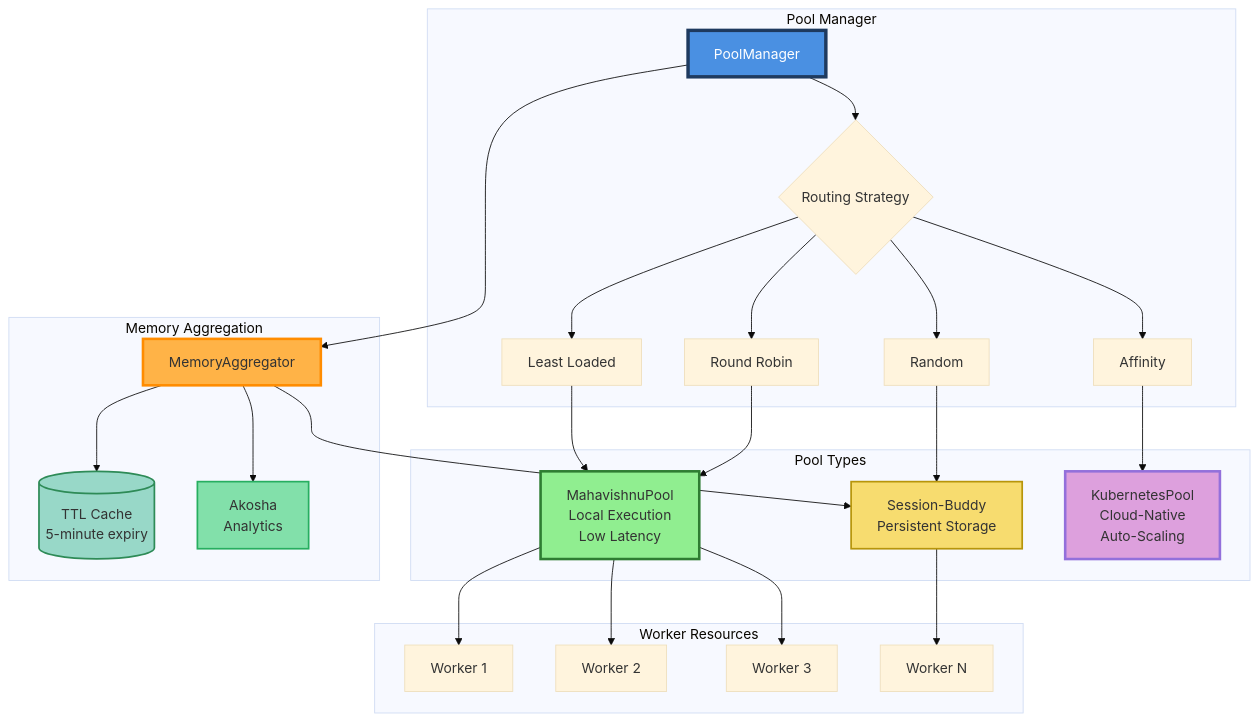
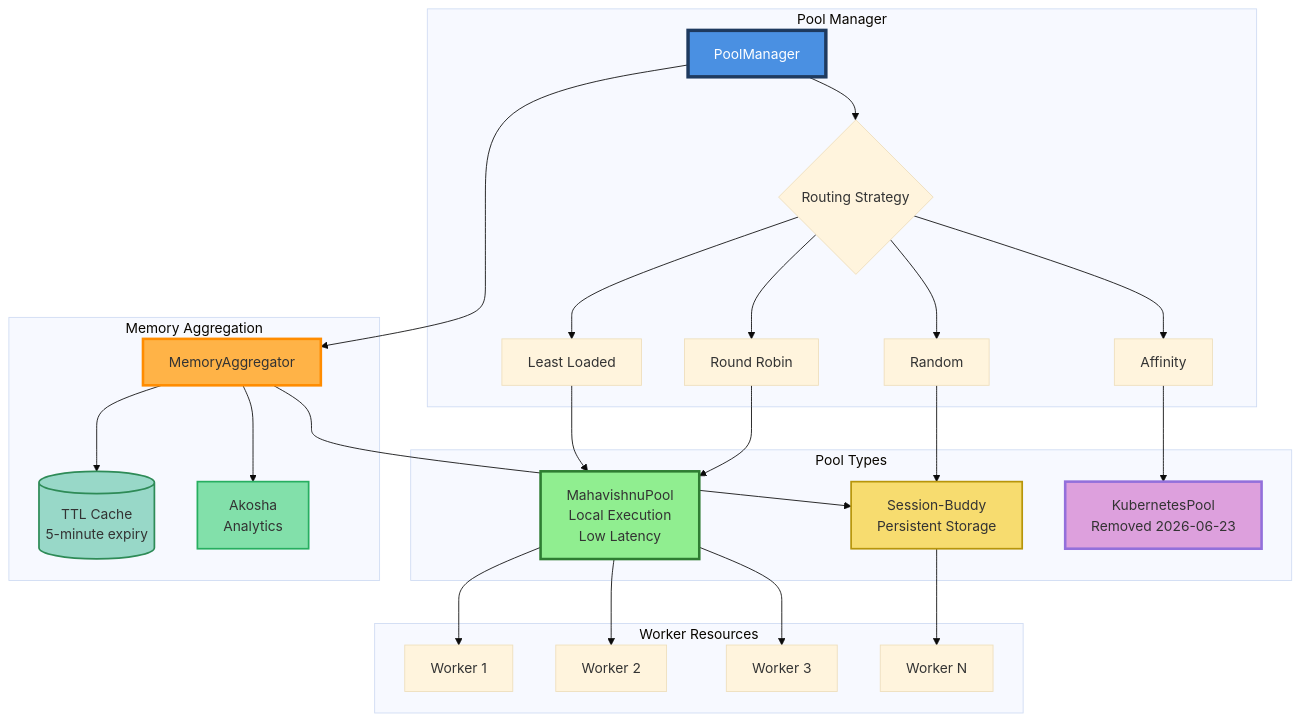
One commit to lesleslie/mahavishnu changed the second of 24 diagrams in docs/VISUAL_GUIDE.md. Above: the diagram before and after it, drawn with Mermaid (base theme). The commit also changed other lines of this file and 26 other files, not shown here.

First line of the commit message:
refactor(pools): remove KubernetesPool (immediate removal)

````diff
--- a/docs/VISUAL_GUIDE.md
+++ b/docs/VISUAL_GUIDE.md
@@ -141,63 +141,63 @@
 ```mermaid
 graph TB
     subgraph "Pool Manager"
         PM[PoolManager]
         Route{Routing Strategy}
         Load[Least Loaded]
         RR[Round Robin]
         Rand[Random]
         Aff[Affinity]
     end
 
     subgraph "Pool Types"
         MP[MahavishnuPool<br/>Local Execution<br/>Low Latency]
         SB[SessionBuddyPool<br/>Delegated<br/>Remote Workers]
-        KP[KubernetesPool<br/>Cloud-Native<br/>Auto-Scaling]
+        KP[KubernetesPool<br/>Removed 2026-06-23]
     end
 
     subgraph "Worker Resources"
         W1[Worker 1]
         W2[Worker 2]
         W3[Worker 3]
         WN[Worker N]
     end
 
     subgraph "Memory Aggregation"
         MA[MemoryAggregator]
         Cache[(TTL Cache<br/>5-minute expiry)]
         SB[Session-Buddy<br/>Persistent Storage]
         AK[Akosha<br/>Analytics]
     end
 
     %% Connections
     PM --> Route
     Route --> Load
     Route --> RR
     Route --> Rand
     Route --> Aff
 
     Load --> MP
     RR --> MP
     Rand --> SB
     Aff --> KP
 
     MP --> W1
     MP --> W2
     MP --> W3
     SB --> WN
 
     PM --> MA
     MA --> Cache
     MA --> SB
     MA --> AK
 
     %% Styling
     style PM fill:#4A90E2,stroke:#1E3A5F,stroke-width:4px,color:#fff
     style MP fill:#90EE90,stroke:#2E7D32,stroke-width:3px
     style SB fill:#87CEEB,stroke:#4682B4,stroke-width:3px
     style KP fill:#DDA0DD,stroke:#9370DB,stroke-width:3px
     style MA fill:#FFB347,stroke:#FF8C00,stroke-width:3px
     style Cache fill:#98D8C8,stroke:#2E8B57,stroke-width:2px
     style SB fill:#F7DC6F,stroke:#B7950B,stroke-width:2px
     style AK fill:#82E0AA,stroke:#27AE60,stroke-width:2px
 ```
````
